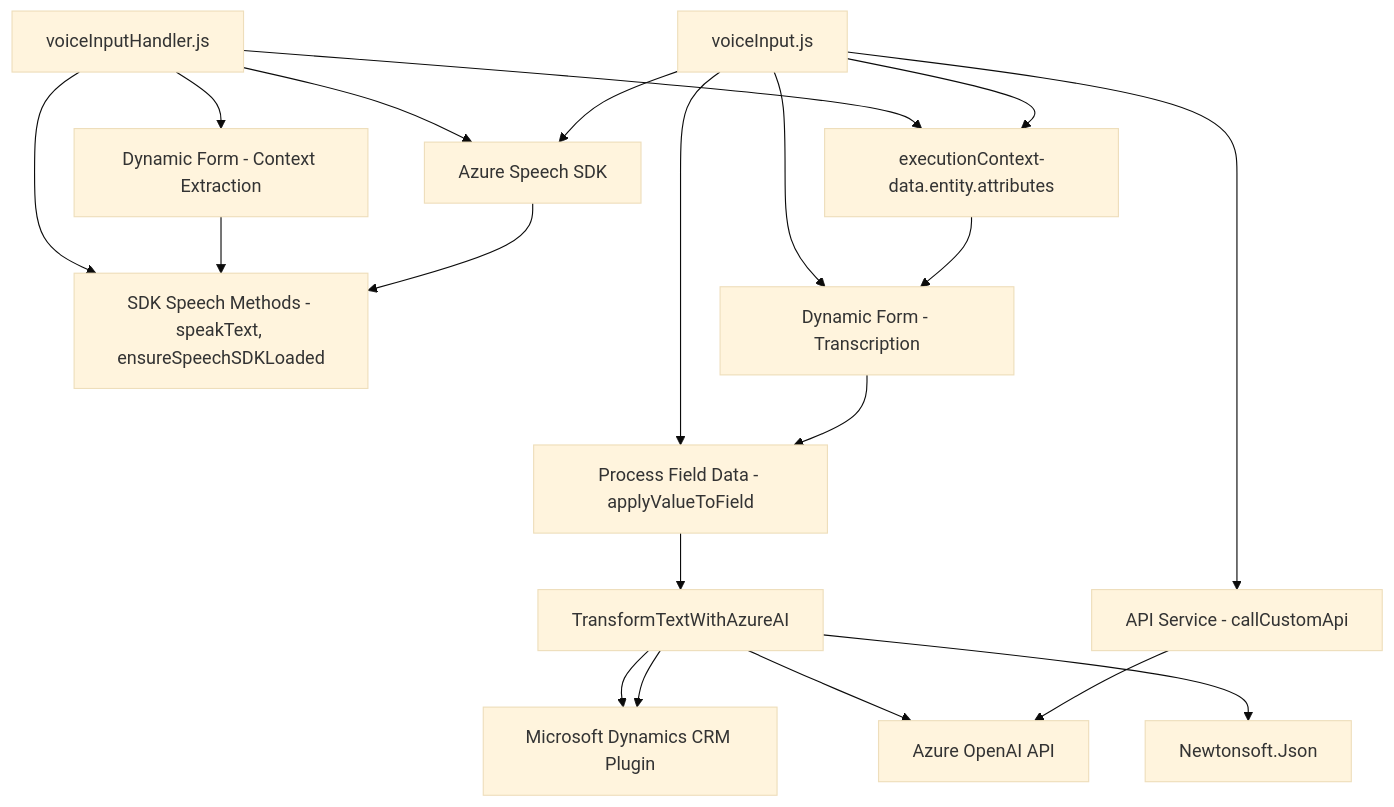
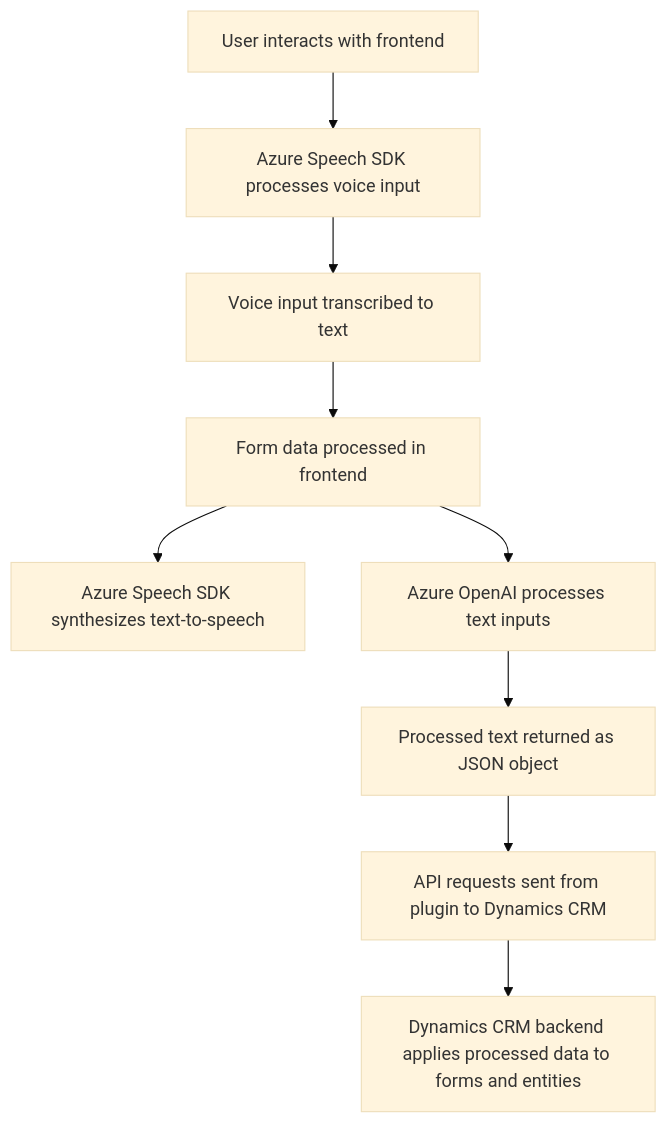
The diagram in README.md (blopezdm/NETCORE_BILBAO2025), drawn with Mermaid (base theme) before and after one commit. The commit also changed other lines of this file, not shown here.

````diff
--- a/README.md
+++ b/README.md
@@ -40,26 +44,21 @@
 ```mermaid
 graph TD
-    A["voiceInputHandler.js"] --> B["Azure Speech SDK"]
-    A --> C["executionContext-data.entity.attributes"]
-    A --> D["SDK Speech Methods - speakText, ensureSpeechSDKLoaded"]
-    A --> E["Dynamic Form - Context Extraction"]
+    A["User interacts with frontend"]
+    B["Azure Speech SDK processes voice input"]
+    C["Voice input transcribed to text"]
+    D["Form data processed in frontend"]
+    E["Azure Speech SDK synthesizes text-to-speech"]
+    F["Azure OpenAI processes text inputs"]
+    G["API requests sent from plugin to Dynamics CRM"]
+    H["Processed text returned as JSON object"]
+    I["Dynamics CRM backend applies processed data to forms and entities"]
 
-    F["voiceInput.js"] --> C
-    F --> B
-    F --> G["Process Field Data - applyValueToField"]
-    F --> H["Dynamic Form - Transcription"]
-    F --> I["API Service - callCustomApi"]
-
-    J["TransformTextWithAzureAI"] --> K["Microsoft Dynamics CRM Plugin"]
-    J --> L["Azure OpenAI API"]
-    J --> M["Newtonsoft.Json"]
-
-    E --> D
-    C --> H
-    B --> D
-
-    I --> L
+    A --> B
+    B --> C
+    C --> D
+    D --> E
+    D --> F
+    F --> H
     H --> G
-    G --> J
-    J --> K
+    G --> I
 ```
````
